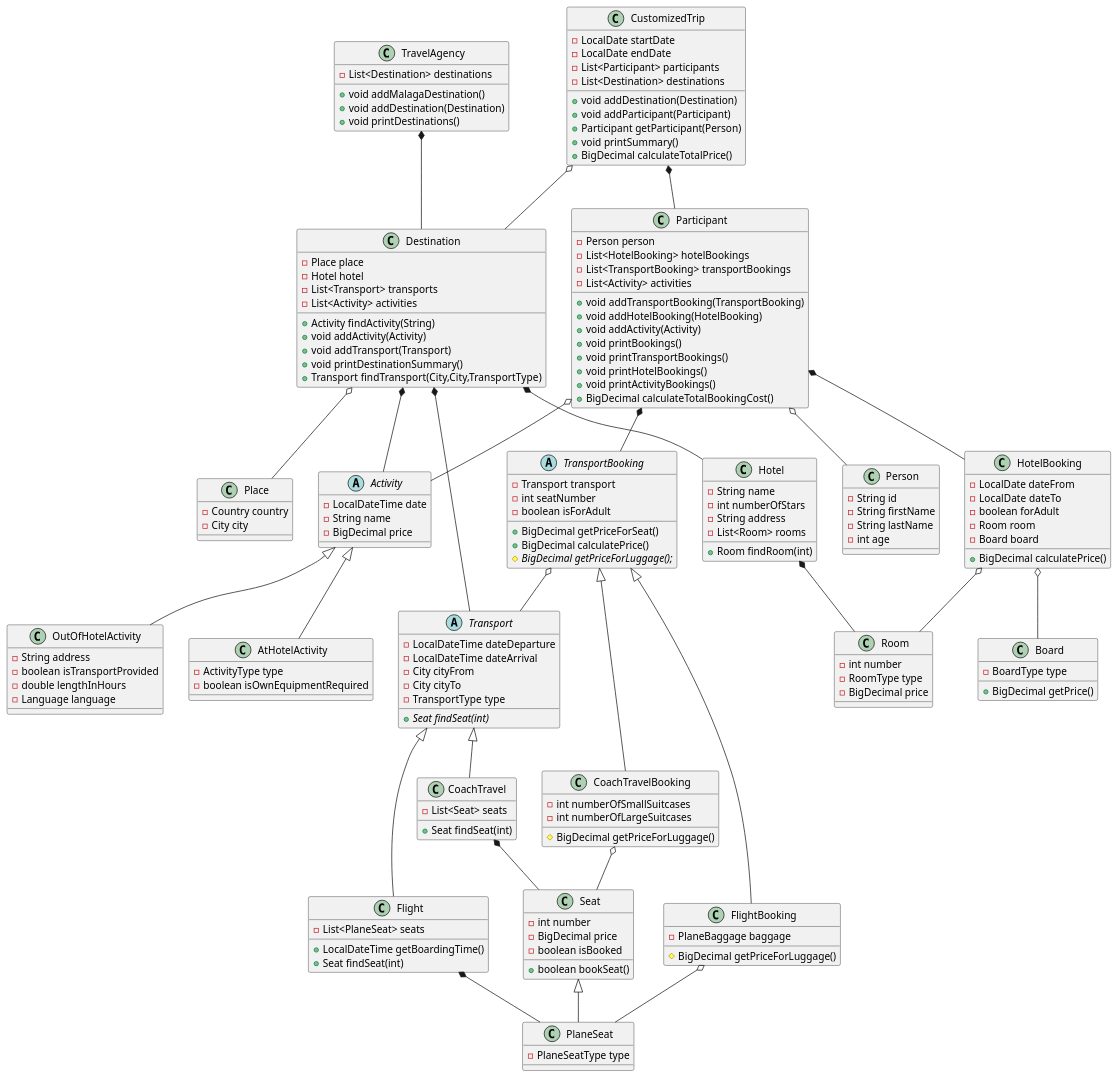
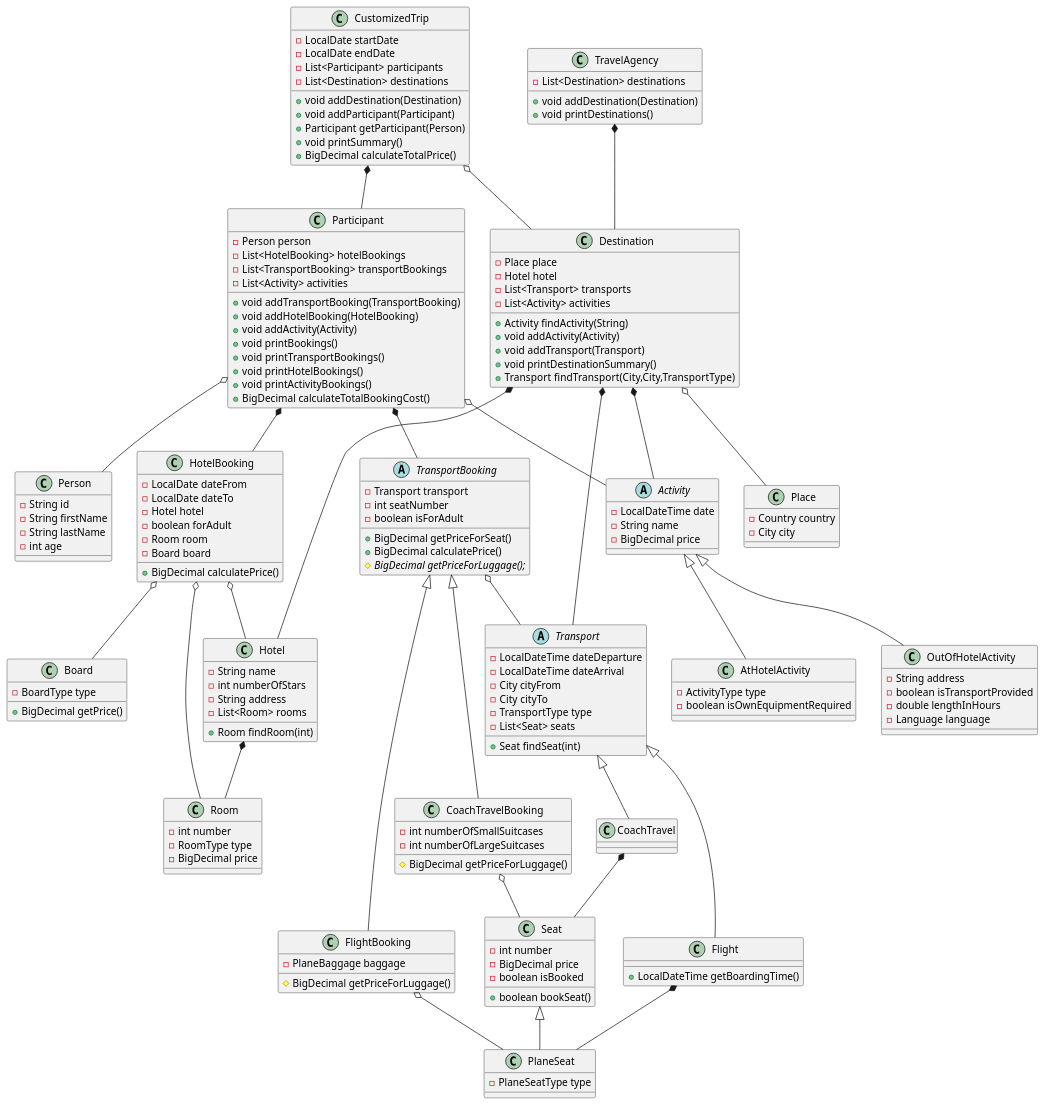
Before and after one commit to asiajanicka/TravelAgency: the diagram in src/main/resources/ClassDiagram.puml, drawn with PlantUML. The commit also changed 6 other files, not shown here.

Commit message:
Moved list of seats to Transport class; Added hotel to HotelBooking class

```diff
--- a/src/main/resources/ClassDiagram.puml
+++ b/src/main/resources/ClassDiagram.puml
@@ -5,47 +5,15 @@
 - String address
 - List<Room> rooms
 + Room findRoom(int)
-'+ String getName()
-'+ void setName(String)
-'+ int getNumberOfStars()
-'+ void setNumberOfStars(byte)
-'+ String getAddress()
-'+ void setAddress(String)
-'+ List<Room> getRooms()
-'+ void setRooms(List<Room>)
-'+ String toString()
-'+ boolean equals(Object)
-'+ int hashCode()
 }
 class PlaneSeat {
 - PlaneSeatType type
-'+ PlaneSeatType getType()
-'+ void setType(PlaneSeatType)
-'+ String toString()
 }
-'class DateFormat {
-'+ {static} String format(LocalDateTime)
-'+ {static} String format(LocalDate)
-'}
-'enum Language {
-'+  ENGLISH
-'+  POLISH
-'+  SPANISH
-'}
 class Seat {
 - int number
 - BigDecimal price
 - boolean isBooked
 + boolean bookSeat()
-'+ int getNumber()
-'+ void setNumber(int)
-'+ BigDecimal getPrice()
-'+ void setPrice(BigDecimal)
-'+ boolean isBooked()
-'+ void setBooked(boolean)
-'+ String toString()
-'+ boolean equals(Object)
-'+ int hashCode()
 }
 class Participant {
 - Person person
@@ -55,28 +23,15 @@
 + void addTransportBooking(TransportBooking)
 + void addHotelBooking(HotelBooking)
 + void addActivity(Activity)
-'+ Person getPerson()
 + void printBookings()
 + void printTransportBookings()
 + void printHotelBookings()
 + void printActivityBookings()
 + BigDecimal calculateTotalBookingCost()
-'+ void setPerson(Person)
-'+ List<HotelBooking> getHotelBookings()
-'+ void setHotelBookings(List<HotelBooking>)
-'+ List<TransportBooking> getTransportBookings()
-'+ void setTransportBookings(List<TransportBooking>)
-'+ List<Activity> getActivities()
-'+ void setActivities(List<Activity>)
-'+ boolean equals(Object)
-'+ int hashCode()
 }
 class FlightBooking {
-'- {static} String PRICE_FOR_HAND_BAG
-'- {static} String PRICE_FOR_CHECKED_BAG
 - PlaneBaggage baggage
 # BigDecimal getPriceForLuggage()
-'+ String toString()
 }
 class CustomizedTrip {
 - LocalDate startDate
@@ -88,189 +43,65 @@
 + Participant getParticipant(Person)
 + void printSummary()
 + BigDecimal calculateTotalPrice()
-'+ List<Destination> getDestinations()
-'+ void setDestinations(List<Destination>)
-'+ List<Participant> getParticipants()
-'+ void setParticipants(List<Participant>)
-'+ LocalDate getStartDate()
-'+ void setStartDate(LocalDate)
-'+ LocalDate getEndDate()
-'+ void setEndDate(LocalDate)
 }
 class HotelBooking {
 - LocalDate dateFrom
 - LocalDate dateTo
+- Hotel hotel
 - boolean forAdult
 - Room room
 - Board board
 + BigDecimal calculatePrice()
-'+ LocalDate getDateFrom()
-'+ void setDateFrom(LocalDate)
-'+ LocalDate getDateTo()
-'+ void setDateTo(LocalDate)
-'+ boolean isForAdult()
-'+ void setForAdult(boolean)
-'+ Room getRoom()
-'+ void setRoom(Room)
-'+ Board getBoard()
-'+ void setBoard(BoardType)
-'+ String toString()
-'+ boolean equals(Object)
-'+ int hashCode()
 }
 class Board {
-'- {static} String PRICE_FOR_BB
-'- {static} String PRICE_FOR_HB
-'- {static} String PRICE_FOR_FB
-'- {static} String PRICE_FOR_ALL_INCLUSIVE
 - BoardType type
 + BigDecimal getPrice()
-'+ BoardType getType()
-'+ void setType(BoardType)
-'+ String toString()
 }
 class Flight {
-- List<PlaneSeat> seats
 + LocalDateTime getBoardingTime()
-+ Seat findSeat(int)
-'+ List<PlaneSeat> getSeats()
-'+ void setSeats(List<PlaneSeat>)
-'+ String toString()
 }
-'enum RoomType {
-'+  SINGLE
-'+  DOUBLE
-'+  TRIPLE
-'+  QUAD
-'+  KING
-'}
 class TravelAgency {
 - List<Destination> destinations
-+ void addMalagaDestination()
 + void addDestination(Destination)
 + void printDestinations()
-'+ List<Destination> getDestinations()
-'+ void setDestinations(List<Destination>)
-'+ String toString()
 }
 class CoachTravelBooking {
-'- {static} String PRICE_FOR_SMALL_SUITCASE
-'- {static} String PRICE_FOR_LARGE_SUITCASE
 - int numberOfSmallSuitcases
 - int numberOfLargeSuitcases
 # BigDecimal getPriceForLuggage()
-'+ int getNumberOfSmallSuitcases()
-'+ void setNumberOfSmallSuitcases(int)
-'+ int getNumberOfLargeSuitcases()
-'+ void setNumberOfLargeSuitcases(int)
-'+ String toString()
 }
-'enum City {
-'+  WARSAW
-'+  MALAGA
-'+  MADRID
-'}
 abstract class Transport {
 - LocalDateTime dateDeparture
 - LocalDateTime dateArrival
 - City cityFrom
 - City cityTo
 - TransportType type
-+ {abstract}Seat findSeat(int)
-'+ LocalDateTime getDateDeparture()
-'+ void setDateDeparture(LocalDateTime)
-'+ LocalDateTime getDateArrival()
-'+ void setDateArrival(LocalDateTime)
-'+ City getCityFrom()
-'+ void setCityFrom(City)
-'+ City getCityTo()
-'+ void setCityTo(City)
-'+ TransportType getType()
-'+ void setType(TransportType)
-'+ String toString()
+- List<Seat> seats
++ Seat findSeat(int)
 }
-'enum BoardType {
-'+  BB
-'+  HB
-'+  FB
-'+  ALL_INCLUSIVE
-'- String displayName
-'+ String getDisplayName()
-'}
 class Place {
 - Country country
 - City city
-'+ Country getCountry()
-'+ void setCountry(Country)
-'+ City getCity()
-'+ void setCity(City)
-'+ String toString()
-'+ boolean equals(Object)
-'+ int hashCode()
 }
-'enum PlaneSeatType {
-'+  ECONOMY_CLASS
-'+  BUSINESS_CLASS
-'+  FIRST_CLASS
-'}
 class Room {
 - int number
 - RoomType type
 - BigDecimal price
-'+ int getNumber()
-'+ void setNumber(int)
-'+ RoomType getType()
-'+ void setType(RoomType)
-'+ BigDecimal getPrice()
-'+ void setPrice(BigDecimal)
-'+ String toString()
-'+ boolean equals(Object)
-'+ int hashCode()
 }
 class OutOfHotelActivity {
 - String address
 - boolean isTransportProvided
 - double lengthInHours
 - Language language
-'+ String getAddress()
-'+ void setAddress(String)
-'+ boolean isTransportProvided()
-'+ void setTransportProvided(boolean)
-'+ double getLengthInHours()
-'+ void setLengthInHours(double)
-'+ Language getLanguage()
-'+ void setLanguage(Language)
-'+ String toString()
-'+ boolean equals(Object)
-'+ int hashCode()
 }
-'class TripBooking {
-'+ {static} void main(String[])
-'}
 abstract class Activity {
 - LocalDateTime date
 - String name
 - BigDecimal price
-'+ LocalDateTime getDate()
-'+ void setDate(LocalDateTime)
-'+ String getName()
-'+ void setName(String)
-'+ BigDecimal getPrice()
-'+ void setPrice(BigDecimal)
-'+ String toString()
-'+ boolean equals(Object)
-'+ int hashCode()
 }
 class AtHotelActivity {
 - ActivityType type
 - boolean isOwnEquipmentRequired
-'+ ActivityType getType()
-'+ void setType(ActivityType)
-'+ boolean isOwnEquipmentRequired()
-'+ void setOwnEquipmentRequired(boolean)
-'+ String toString()
-'+ boolean equals(Object)
-'+ int hashCode()
 }
 class Destination {
 - Place place
@@ -282,22 +113,7 @@
 + void addTransport(Transport)
 + void printDestinationSummary()
 + Transport findTransport(City,City,TransportType)
-'+ Place getPlace()
-'+ void setPlace(Place)
-'+ List<Transport> getTransports()
-'+ void setTransports(List<Transport>)
-'+ Hotel getHotel()
-'+ void setHotel(Hotel)
-'+ List<Activity> getActivities()
-'+ void setActivities(List<Activity>)
-'+ String toString()
-'+ boolean equals(Object)
-'+ int hashCode()
 }
-'enum PlaneBaggage {
-'+  CHECKED
-'+  HAND
-'}
 abstract class TransportBooking {
 - Transport transport
 - int seatNumber
@@ -305,54 +121,14 @@
 + BigDecimal getPriceForSeat()
 + BigDecimal calculatePrice()
 # {abstract}BigDecimal getPriceForLuggage();
-'+ Transport getTransport()
-'+ void setTransport(Transport)
-'+ int getSeatNumber()
-'+ void setSeatNumber(int)
-'+ boolean isForAdult()
-'+ void setForAdult(boolean)
-'+ String toString()
 }
-'enum ActivityType {
-'+  CITY_TOUR
-'+  SAND_FOOTBALL
-'+  DIVING
-'+  BEACH_VOLLEYBALL
-'+  SURFING
-'+  BANANA_BOAT
-'}
-'enum TransportType {
-'+  PLANE
-'+  BUS
-'}
-'enum Country {
-'+  PL
-'+  ES
-'+  ENG
-'}
 class Person {
 - String id
 - String firstName
 - String lastName
 - int age
-'+ String getId()
-'+ void setId(String)
-'+ String getFirstName()
-'+ void setFirstName(String)
-'+ String getLastName()
-'+ void setLastName(String)
-'+ int getAge()
-'+ void setAge(int)
-'+ String toString()
-'+ boolean equals(Object)
-'+ int hashCode()
 }
 class CoachTravel {
-- List<Seat> seats
-+ Seat findSeat(int)
-'+ List<Seat> getSeats()
-'+ void setSeats(List<Seat>)
-'+ String toString()
 }
 
 TravelAgency *-- Destination
@@ -370,6 +146,7 @@
 Hotel *-- Room
 HotelBooking o-- Room
 HotelBooking o-- Board
+HotelBooking o-- Hotel
 TransportBooking o-- Transport
 CoachTravelBooking o-- Seat
 FlightBooking o-- PlaneSeat
```
